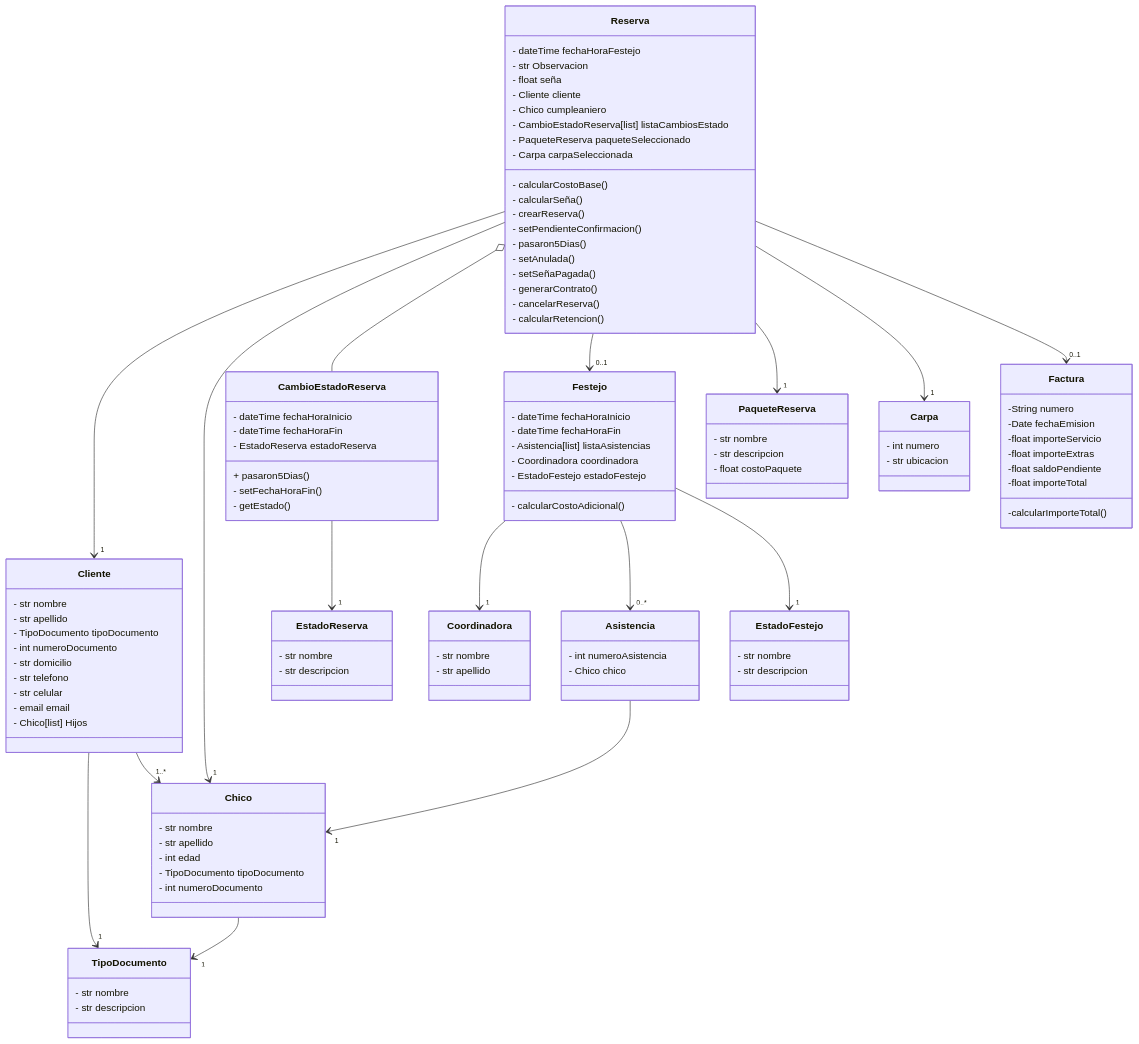
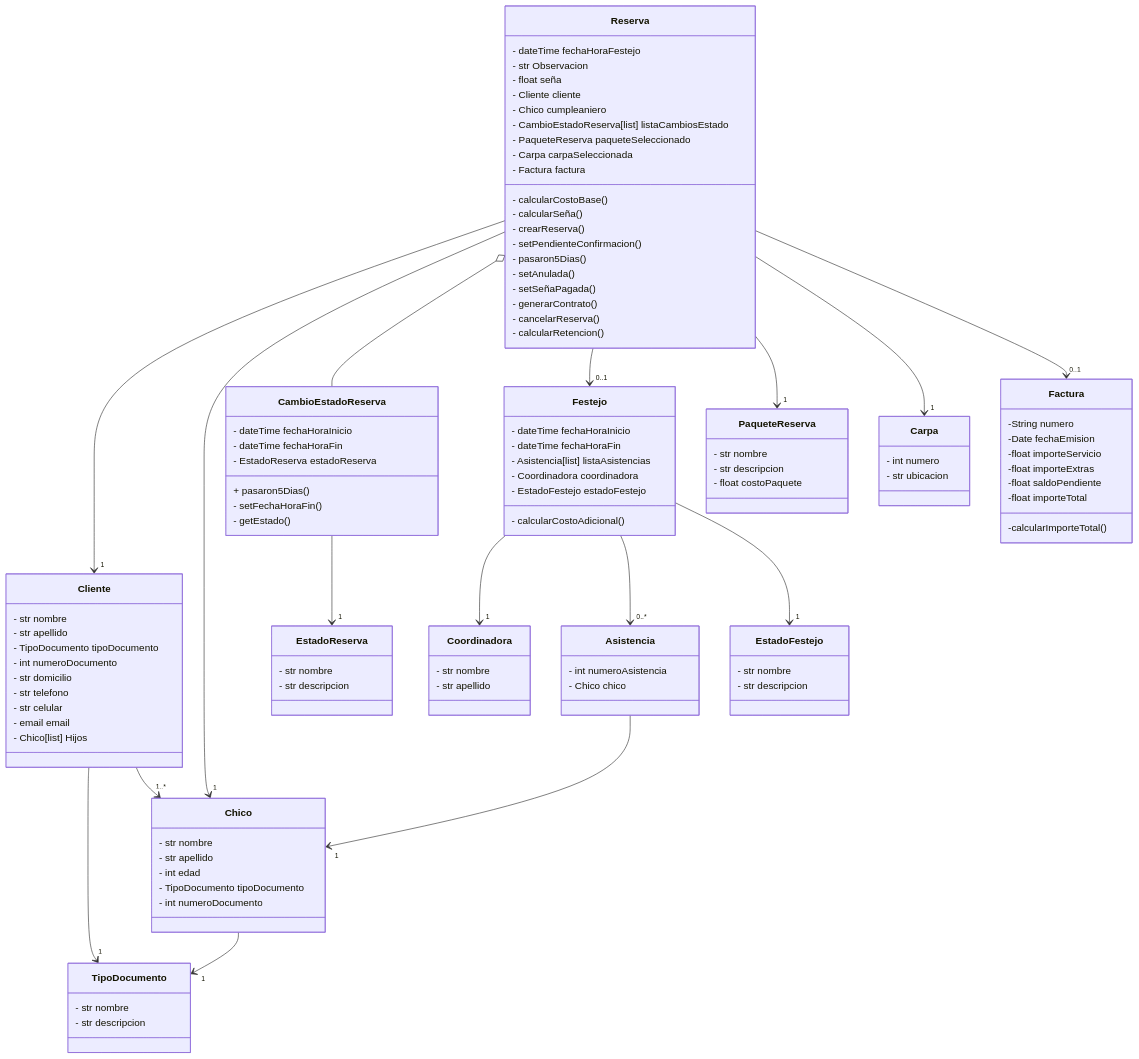
One commit to Villada-PG2/trabajo-practico-integrador-fiestas-infantiles changed the diagram in Diagrama_clases.mmd. Above: the diagram before and after it, drawn with Mermaid. The commit also changed 1 other file, not shown here.

```diff
--- a/Diagrama_clases.mmd
+++ b/Diagrama_clases.mmd
@@ -1,123 +1,124 @@
 classDiagram
 
     Reserva -->"1" Cliente
     Reserva -->"1" Chico
     Cliente -->"1" TipoDocumento
     Chico -->"1" TipoDocumento
     Cliente -->"1..*" Chico
     Reserva o-- CambioEstadoReserva
     CambioEstadoReserva -->"1" EstadoReserva
     Reserva -->"0..1" Festejo
     Festejo -->"1" Coordinadora
     Festejo -->"0..*" Asistencia
     Festejo -->"1" EstadoFestejo
     Reserva -->"1" PaqueteReserva
     Reserva -->"1" Carpa
     Reserva -->"0..1" Factura
     Asistencia -->"1" Chico
 
 
     class Festejo {
         - dateTime fechaHoraInicio
         - dateTime fechaHoraFin
         - Asistencia[list] listaAsistencias
         - Coordinadora coordinadora
         - EstadoFestejo estadoFestejo
         - calcularCostoAdicional()
     }
 
     class Coordinadora {
         - str nombre
         - str apellido
     }
 
     class EstadoFestejo {
         - str nombre
         - str descripcion
     }
 
     class Chico {
         - str nombre
         - str apellido
         - int edad
         - TipoDocumento tipoDocumento
         - int numeroDocumento
     }
 
     class Reserva {
         - dateTime fechaHoraFestejo
         - str Observacion
         - float seña
         - Cliente cliente
         - Chico cumpleaniero
         - CambioEstadoReserva[list] listaCambiosEstado
         - PaqueteReserva paqueteSeleccionado
         - Carpa carpaSeleccionada
+        - Factura factura
 
         - calcularCostoBase()
         - calcularSeña()
         - crearReserva()
         - setPendienteConfirmacion()
         - pasaron5Dias()
         - setAnulada()
         - setSeñaPagada()
         - generarContrato()
         - cancelarReserva()
         - calcularRetencion()
     }
 
     class CambioEstadoReserva {
         - dateTime fechaHoraInicio
         - dateTime fechaHoraFin
         - EstadoReserva estadoReserva
         + pasaron5Dias()
         - setFechaHoraFin()
         - getEstado()
     }
 
     class EstadoReserva {
         - str nombre
         - str descripcion
     }
     class Carpa {
         - int numero
         - str ubicacion
     }
 
     class PaqueteReserva {
         - str nombre
         - str descripcion
         - float costoPaquete
     }
 
     class Cliente {
         - str nombre
         - str apellido
         - TipoDocumento tipoDocumento
         - int numeroDocumento
         - str domicilio
         - str telefono
         - str celular
         - email email
         - Chico[list] Hijos
     }
 
     class Asistencia {
         - int numeroAsistencia
         - Chico chico
     }
 
     class TipoDocumento{
         - str nombre
         - str descripcion
     }
 
     class Factura {
         -String numero
         -Date fechaEmision
         -float importeServicio
         -float importeExtras
         -float saldoPendiente
         -float importeTotal
         -calcularImporteTotal()
     }
```
